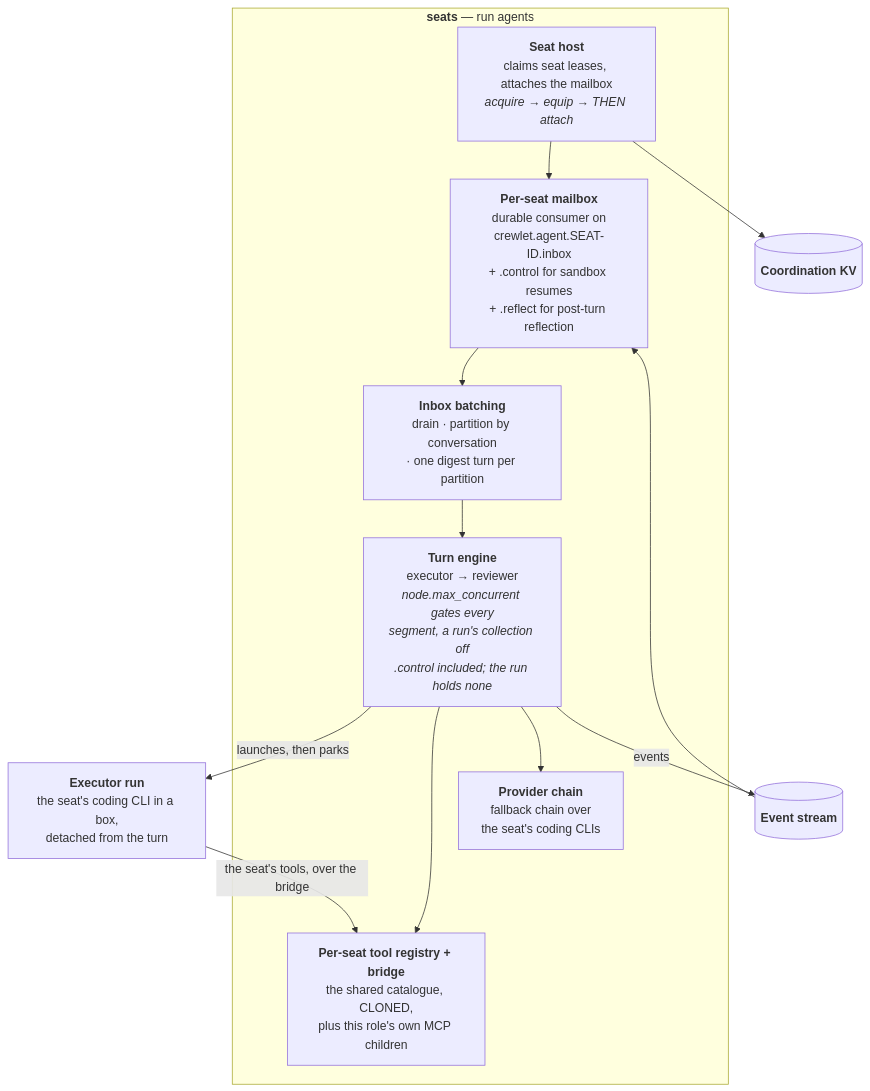
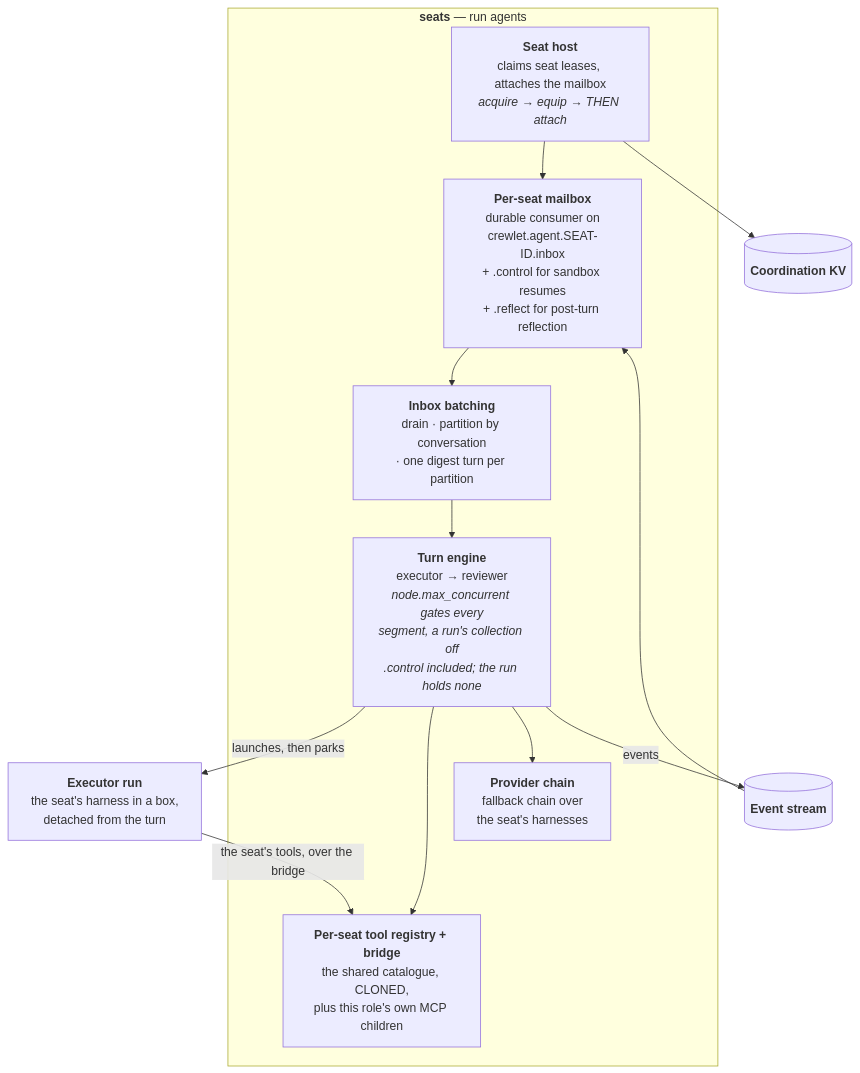
The fourth of 10 diagrams in docs/concepts/architecture.md (crewlet/crewlet), drawn with Mermaid before and after one commit. The commit also changed other lines of this file and 64 other files, not shown here.

First line of the commit message:
docs(docs): say harness where the docs said coding CLI

````diff
--- a/docs/concepts/architecture.md
+++ b/docs/concepts/architecture.md
@@ -224,24 +224,24 @@
 ```mermaid
 flowchart TB
     subgraph seats["<b>seats</b> — run agents"]
         CLAIM["<b>Seat host</b><br/>claims seat leases, attaches the mailbox<br/><i>acquire → equip → THEN attach</i>"]
         MBOX["<b>Per-seat mailbox</b><br/>durable consumer on<br/>crewlet.agent.SEAT-ID.inbox<br/>+ .control for sandbox resumes<br/>+ .reflect for post-turn reflection"]
         BATCH["<b>Inbox batching</b><br/>drain · partition by conversation<br/>· one digest turn per partition"]
         TURN["<b>Turn engine</b><br/>executor → reviewer<br/><i>node.max_concurrent gates every<br/>segment, a run's collection off<br/>.control included; the run holds none</i>"]
         REG["<b>Per-seat tool registry + bridge</b><br/>the shared catalogue, CLONED,<br/>plus this role's own MCP children"]
-        PROV["<b>Provider chain</b><br/>fallback chain over<br/>the seat's coding CLIs"]
+        PROV["<b>Provider chain</b><br/>fallback chain over<br/>the seat's harnesses"]
     end
     STREAM[("<b>Event stream</b>")]
     KV[("<b>Coordination KV</b>")]
-    RUN["<b>Executor run</b><br/>the seat's coding CLI in a box,<br/>detached from the turn"]
+    RUN["<b>Executor run</b><br/>the seat's harness in a box,<br/>detached from the turn"]
 
     STREAM --> MBOX
     MBOX --> BATCH --> TURN
     TURN -->|"launches, then parks"| RUN
     RUN -->|"the seat's tools, over the bridge"| REG
     TURN --> REG
     TURN --> PROV
     TURN -->|events| STREAM
     CLAIM --> MBOX
     CLAIM --> KV
 ```
````
